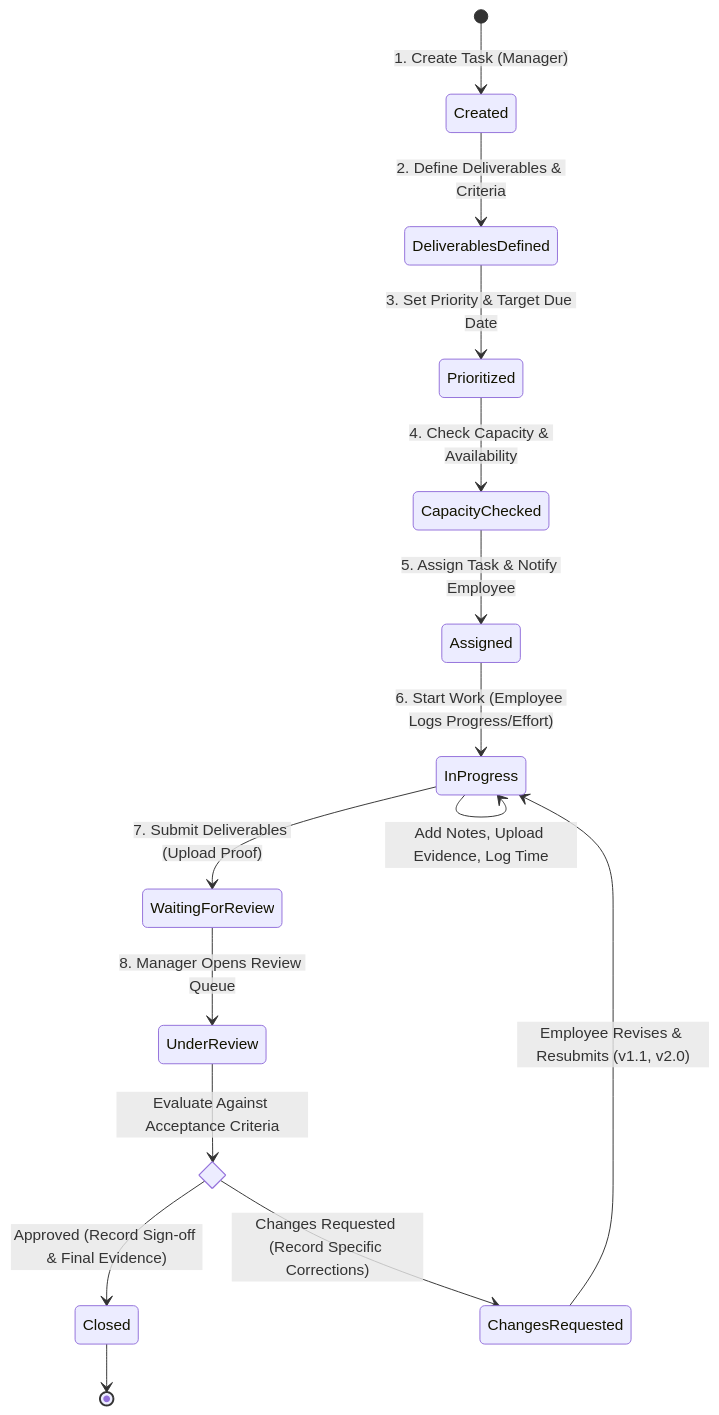
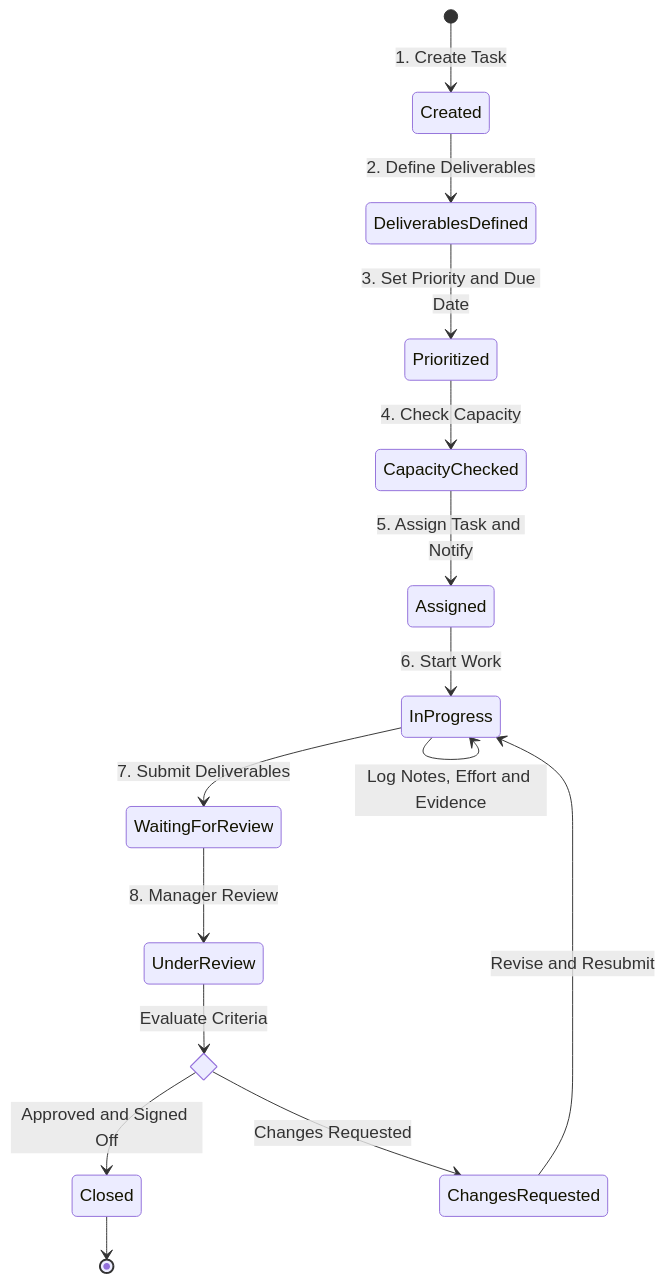
Before and after one commit to manikanta-ciril/internal-operations-tracking-system: the fourth of 10 diagrams in iots-app/documentation/ai-data/codex-design/detailed_documentation_gem.md, drawn with Mermaid. The commit also changed other lines of this file and 1 other file, not shown here.

````diff
--- a/iots-app/documentation/ai-data/codex-design/detailed_documentation_gem.md
+++ b/iots-app/documentation/ai-data/codex-design/detailed_documentation_gem.md
@@ -350,24 +355,25 @@
 ```mermaid
+%%{init: {"themeVariables": {"fontSize": "18px"}, "flowchart": {"nodeSpacing": 36, "rankSpacing": 45}}}%%
 stateDiagram-v2
-    [*] --> Created: 1. Create Task (Manager)
-    Created --> DeliverablesDefined: 2. Define Deliverables & Criteria
-    DeliverablesDefined --> Prioritized: 3. Set Priority & Target Due Date
-    Prioritized --> CapacityChecked: 4. Check Capacity & Availability
-    CapacityChecked --> Assigned: 5. Assign Task & Notify Employee
+    [*] --> Created: 1. Create Task
+    Created --> DeliverablesDefined: 2. Define Deliverables
+    DeliverablesDefined --> Prioritized: 3. Set Priority and Due Date
+    Prioritized --> CapacityChecked: 4. Check Capacity
+    CapacityChecked --> Assigned: 5. Assign Task and Notify
     
-    Assigned --> InProgress: 6. Start Work (Employee Logs Progress/Effort)
-    InProgress --> InProgress: Add Notes, Upload Evidence, Log Time
+    Assigned --> InProgress: 6. Start Work
+    InProgress --> InProgress: Log Notes, Effort and Evidence
     
-    InProgress --> WaitingForReview: 7. Submit Deliverables (Upload Proof)
-    WaitingForReview --> UnderReview: 8. Manager Opens Review Queue
+    InProgress --> WaitingForReview: 7. Submit Deliverables
+    WaitingForReview --> UnderReview: 8. Manager Review
     
     state Decision <<choice>>
-    UnderReview --> Decision: Evaluate Against Acceptance Criteria
+    UnderReview --> Decision: Evaluate Criteria
     
-    Decision --> Closed: Approved (Record Sign-off & Final Evidence)
-    Decision --> ChangesRequested: Changes Requested (Record Specific Corrections)
+    Decision --> Closed: Approved and Signed Off
+    Decision --> ChangesRequested: Changes Requested
     
-    ChangesRequested --> InProgress: Employee Revises & Resubmits (v1.1, v2.0)
+    ChangesRequested --> InProgress: Revise and Resubmit
     
     Closed --> [*]
 ```
````
